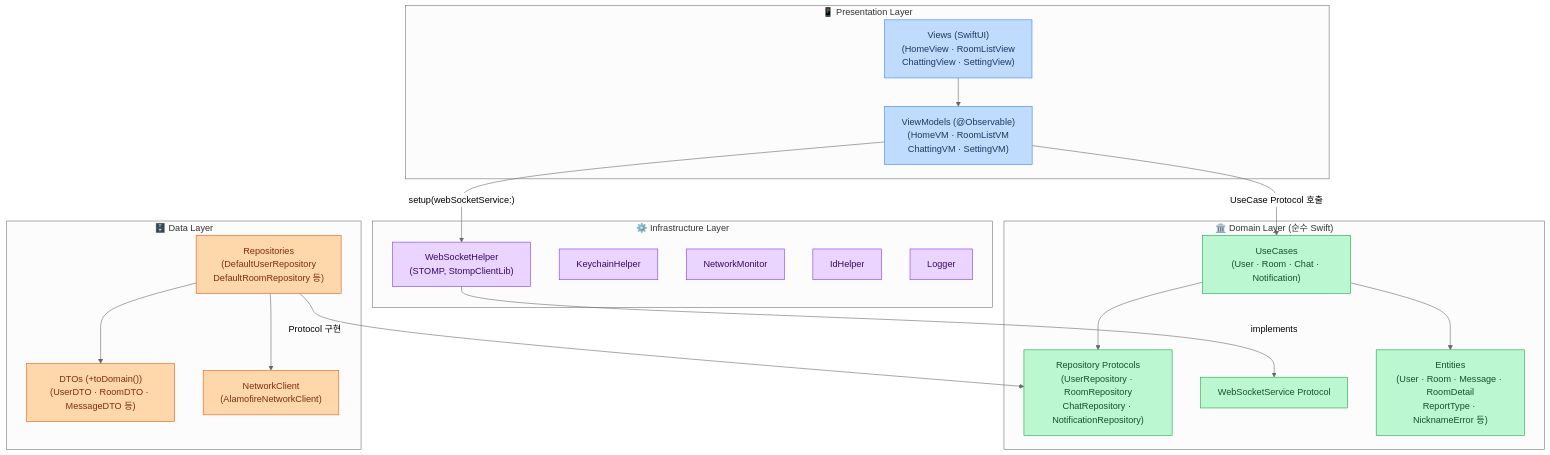
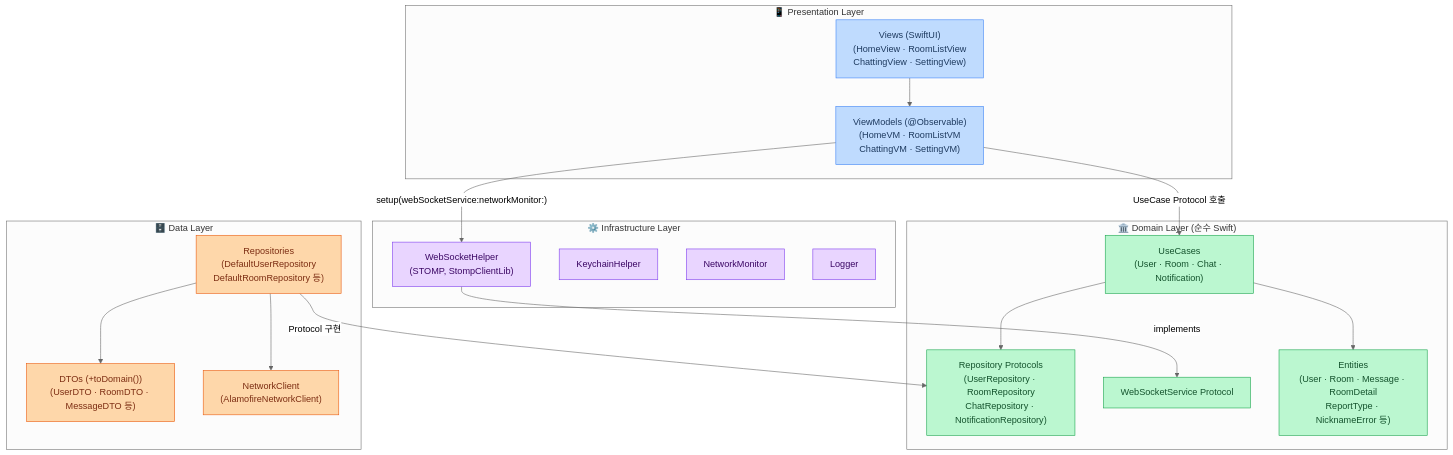
One commit to ranchat-kr/ranchat_iOS changed the diagram in README.md. Above: the diagram before and after it, drawn with Mermaid. The commit also changed other lines of this file and 1 other file, not shown here.

First line of the commit message:
[docs] IdHelper → SessionContext 변경 내용 반영

````diff
--- a/README.md
+++ b/README.md
@@ -56,49 +56,48 @@
 ```mermaid
 %%{init: {'theme': 'neutral'}}%%
 graph TB
     classDef pres  fill:#bfdbfe,stroke:#3b82f6,color:#1e3a5f
     classDef dom   fill:#bbf7d0,stroke:#16a34a,color:#14532d
     classDef dat   fill:#fed7aa,stroke:#ea580c,color:#7c2d12
     classDef infra fill:#e9d5ff,stroke:#7c3aed,color:#3b0764
 
     subgraph Presentation["📱 Presentation Layer"]
         View["Views (SwiftUI)\n(HomeView · RoomListView\nChattingView · SettingView)"]
         VM["ViewModels (@Observable)\n(HomeVM · RoomListVM\nChattingVM · SettingVM)"]
         View --> VM
     end
 
     subgraph Domain["🏛️ Domain Layer (순수 Swift)"]
         UseCase["UseCases\n(User · Room · Chat · Notification)"]
         RepoProto["Repository Protocols\n(UserRepository · RoomRepository\nChatRepository · NotificationRepository)"]
         ServiceProto["WebSocketService Protocol"]
         Entity["Entities\n(User · Room · Message · RoomDetail\nReportType · NicknameError 등)"]
         UseCase --> RepoProto
         UseCase --> Entity
     end
 
     subgraph Data["🗄️ Data Layer"]
         Repo["Repositories\n(DefaultUserRepository\nDefaultRoomRepository 등)"]
         DTO["DTOs (+toDomain())\n(UserDTO · RoomDTO · MessageDTO 등)"]
         Network["NetworkClient\n(AlamofireNetworkClient)"]
         Repo --> DTO
         Repo --> Network
     end
 
     subgraph Infrastructure["⚙️ Infrastructure Layer"]
         WS["WebSocketHelper\n(STOMP, StompClientLib)"]
         Keychain["KeychainHelper"]
         NM["NetworkMonitor"]
-        IdH["IdHelper"]
         Logger["Logger"]
         WS -->|"implements"| ServiceProto
     end
 
     VM -->|"UseCase Protocol 호출"| UseCase
     Repo -->|"Protocol 구현"| RepoProto
-    VM -->|"setup(webSocketService:)"| WS
+    VM -->|"setup(webSocketService:networkMonitor:)"| WS
 
     class View,VM pres
     class UseCase,RepoProto,ServiceProto,Entity dom
     class Repo,DTO,Network dat
-    class WS,Keychain,NM,IdH,Logger infra
+    class WS,Keychain,NM,Logger infra
 ```
````
